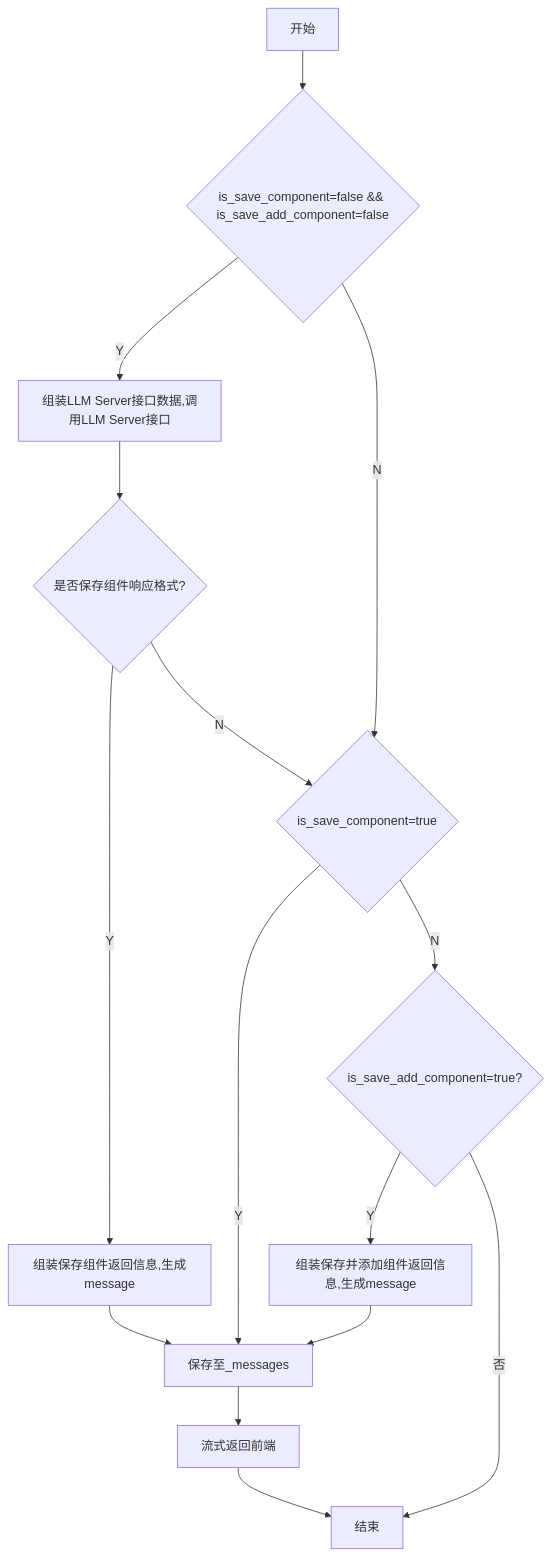
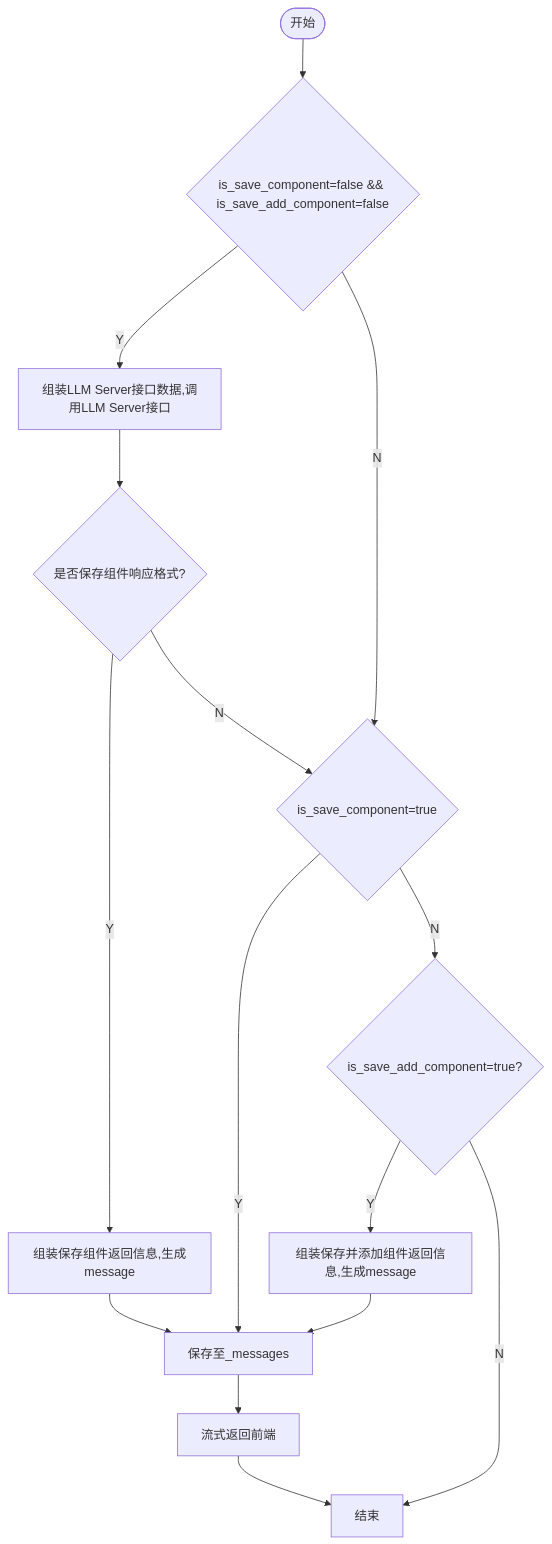
The diagram in all/未命名-7.md (yingjianzh/iodraw-files), drawn with Mermaid before and after one commit.

Commit message:
2024-10-12 13:57:57 update

````diff
--- a/all/未命名-7.md
+++ b/all/未命名-7.md
@@ -1,18 +1,18 @@
 ```mermaid
 flowchart TD
-    A[开始] --> B{is_save_component=false && is_save_add_component=false}
+    A([开始]) --> B{is_save_component=false && is_save_add_component=false}
     B -- Y --> C[组装LLM Server接口数据,调用LLM Server接口]
     B -- N --> D{is_save_component=true}
     C --> E{是否保存组件响应格式?}
     E -- Y --> F[组装保存组件返回信息,生成message]
     E -- N --> D
     F --> G[保存至_messages]
     G --> H[流式返回前端]
     H --> I[结束]
     D -- Y --> G
     D -- N --> J{is_save_add_component=true?}
     J -- Y --> K[组装保存并添加组件返回信息,生成message]
     K --> G
-    J -- 否 --> I
+    J -- N --> I
 
 ```
````
